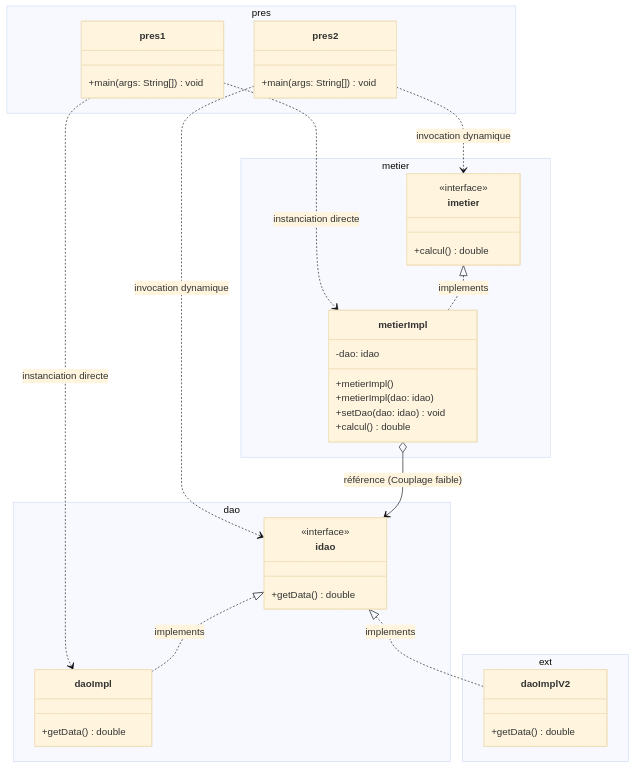
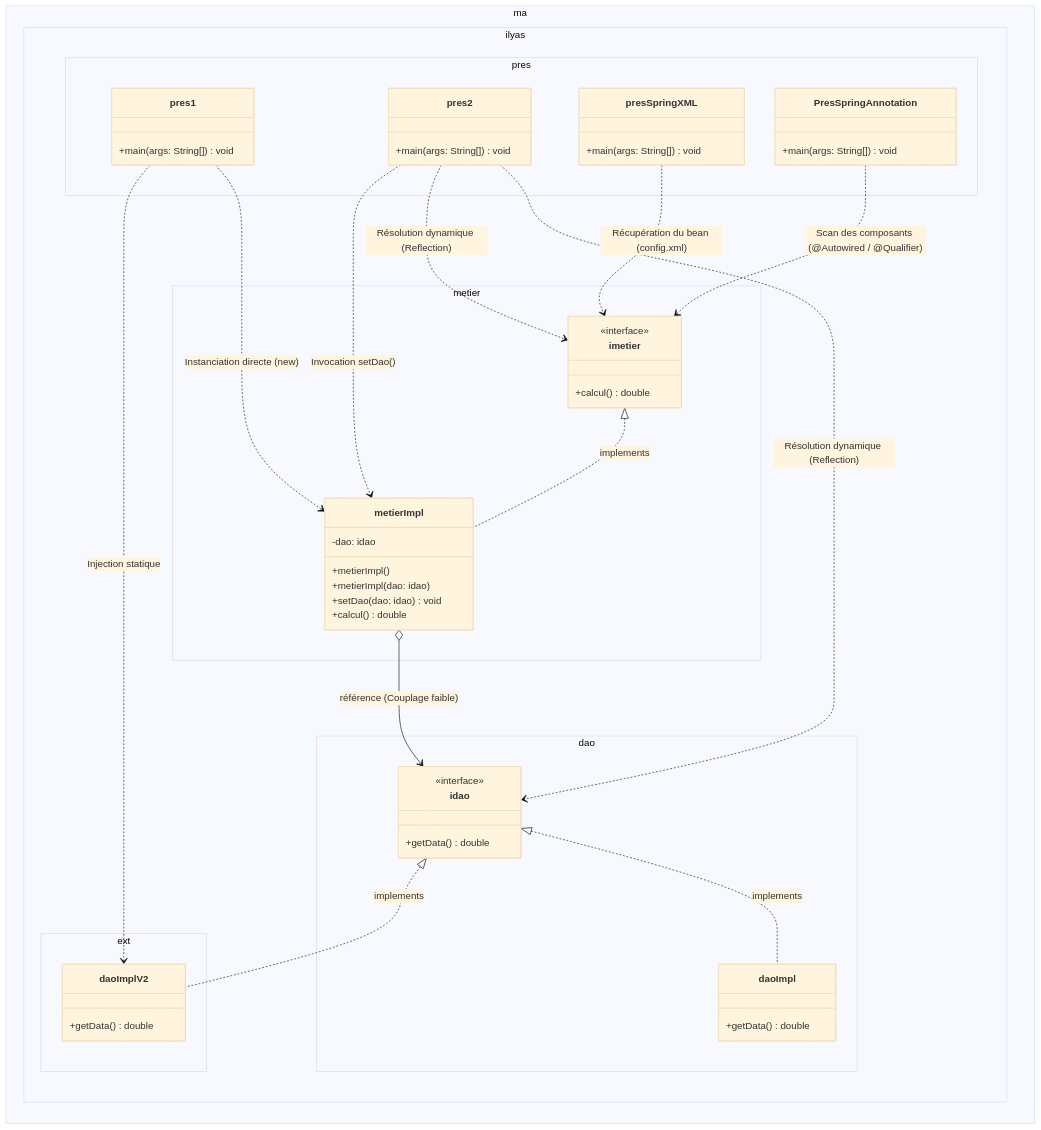
Before and after one commit to Ilyas-SEKHSOUKHI/Activite-Pratique-1-Injection-Dependances: the diagram in README.md, drawn with Mermaid (base theme). The commit also changed other lines of this file, not shown here.

````diff
--- a/README.md
+++ b/README.md
@@ -64,52 +67,65 @@
 ```mermaid
 classDiagram
     direction TB
 
-    namespace dao {
+    namespace ma.ilyas.dao {
         class idao {
             <<interface>>
             +getData() double
         }
         class daoImpl {
             +getData() double
         }
     }
 
-    namespace ext {
+    namespace ma.ilyas.ext {
         class daoImplV2 {
             +getData() double
         }
     }
 
-    namespace metier {
+    namespace ma.ilyas.metier {
         class imetier {
             <<interface>>
             +calcul() double
         }
         class metierImpl {
             -dao: idao
             +metierImpl()
             +metierImpl(dao: idao)
             +setDao(dao: idao) void
             +calcul() double
         }
     }
 
-    namespace pres {
+    namespace ma.ilyas.pres {
         class pres1 {
             +main(args: String[]) void
         }
         class pres2 {
+            +main(args: String[]) void
+        }
+        class presSpringXML {
+            +main(args: String[]) void
+        }
+        class PresSpringAnnotation {
             +main(args: String[]) void
         }
     }
 
     idao <|.. daoImpl : implements
     idao <|.. daoImplV2 : implements
     imetier <|.. metierImpl : implements
+
     metierImpl o--> idao : référence (Couplage faible)
-    pres1 ..> metierImpl : instanciation directe
-    pres1 ..> daoImpl : instanciation directe
-    pres2 ..> idao : invocation dynamique
-    pres2 ..> imetier : invocation dynamique
+
+    pres1 ..> metierImpl : Instanciation directe (new)
+    pres1 ..> daoImplV2 : Injection statique
+
+    pres2 ..> idao : Résolution dynamique (Reflection)
+    pres2 ..> imetier : Résolution dynamique (Reflection)
+    pres2 ..> metierImpl : Invocation setDao()
+
+    presSpringXML ..> imetier : Récupération du bean (config.xml)
+    PresSpringAnnotation ..> imetier : Scan des composants (@Autowired / @Qualifier)
 ```
````
